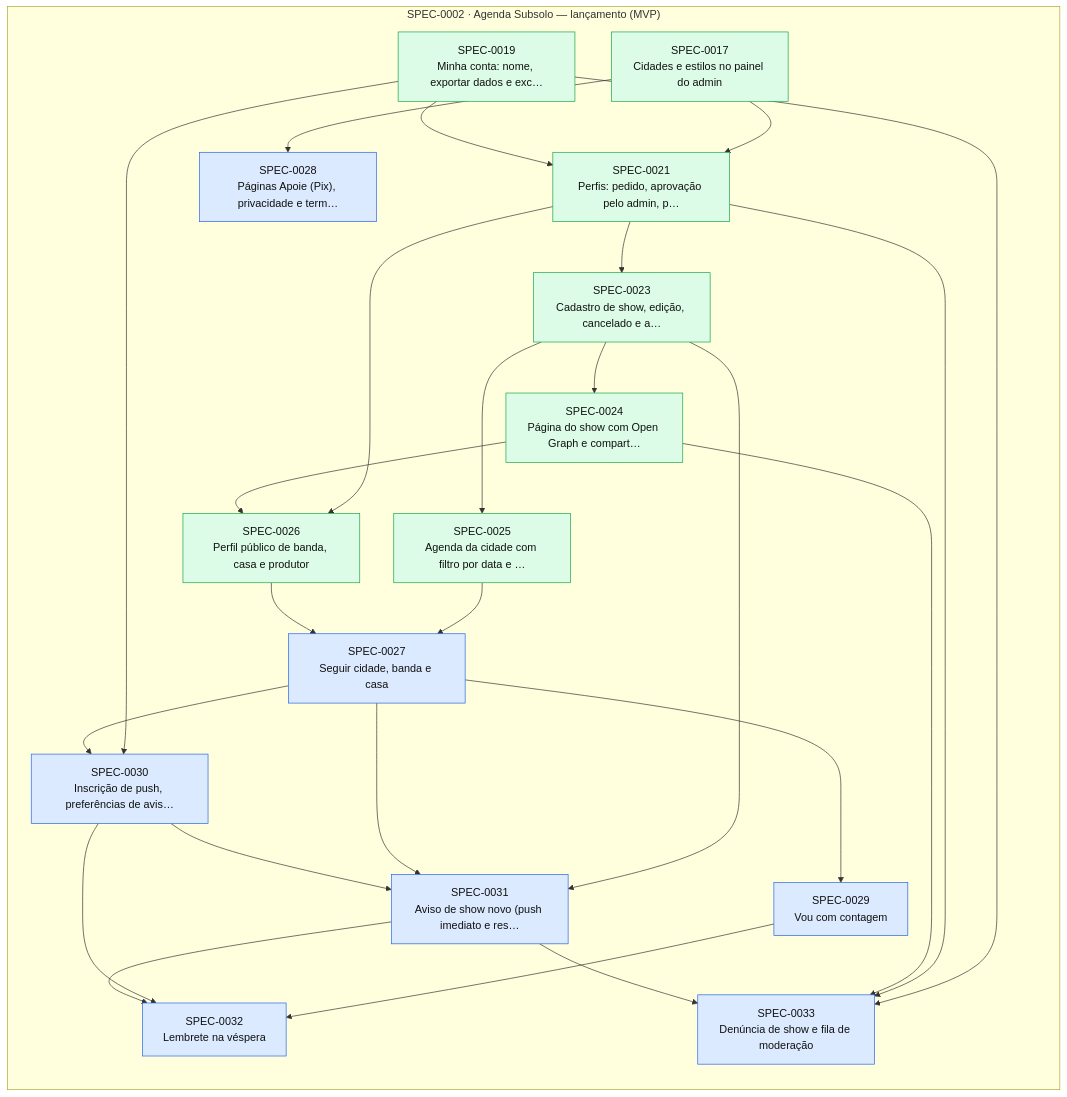
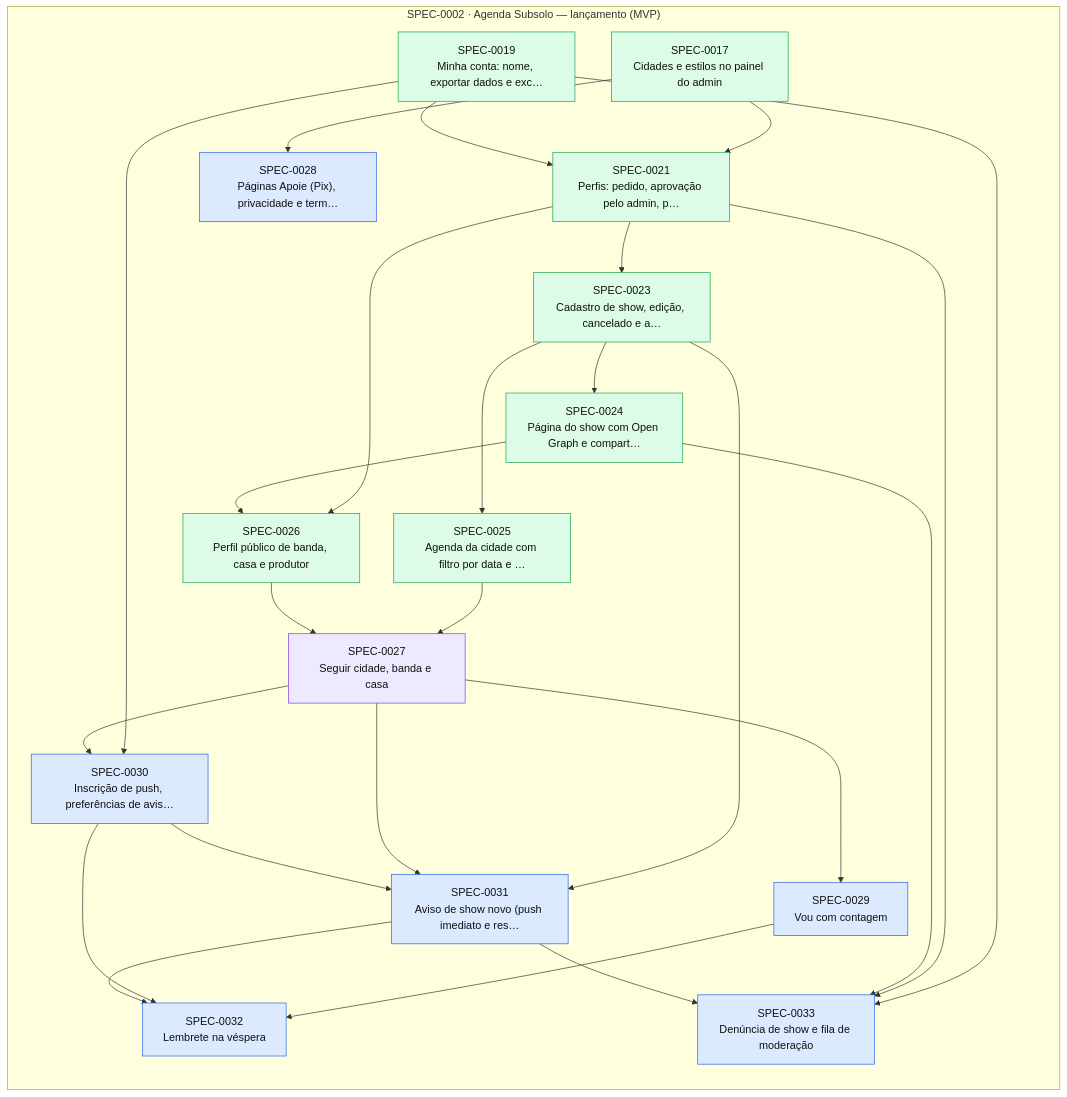
Before and after one commit to thomasravache/subsolo: the diagram in docs/specs/INDEX.md, drawn with Mermaid. The commit also changed other lines of this file and 1 other file, not shown here.

First line of the commit message:
docs(sdd): start SPEC-0027

````diff
--- a/docs/specs/INDEX.md
+++ b/docs/specs/INDEX.md
@@ -72,47 +72,47 @@
 ```mermaid
 flowchart LR
   subgraph E0002["SPEC-0002 · Agenda Subsolo — lançamento (MVP)"]
     S0017["SPEC-0017<br/>Cidades e estilos no painel do admin"]:::implemented
     S0019["SPEC-0019<br/>Minha conta: nome, exportar dados e exc…"]:::implemented
     S0021["SPEC-0021<br/>Perfis: pedido, aprovação pelo admin, p…"]:::implemented
     S0023["SPEC-0023<br/>Cadastro de show, edição, cancelado e a…"]:::implemented
     S0024["SPEC-0024<br/>Página do show com Open Graph e compart…"]:::implemented
     S0025["SPEC-0025<br/>Agenda da cidade com filtro por data e …"]:::implemented
     S0026["SPEC-0026<br/>Perfil público de banda, casa e produtor"]:::implemented
-    S0027["SPEC-0027<br/>Seguir cidade, banda e casa"]:::approved
+    S0027["SPEC-0027<br/>Seguir cidade, banda e casa"]:::inprogress
     S0028["SPEC-0028<br/>Páginas Apoie (Pix), privacidade e term…"]:::approved
     S0029["SPEC-0029<br/>Vou com contagem"]:::approved
     S0030["SPEC-0030<br/>Inscrição de push, preferências de avis…"]:::approved
     S0031["SPEC-0031<br/>Aviso de show novo (push imediato e res…"]:::approved
     S0032["SPEC-0032<br/>Lembrete na véspera"]:::approved
     S0033["SPEC-0033<br/>Denúncia de show e fila de moderação"]:::approved
   end
   S0017 --> S0021
   S0019 --> S0021
   S0021 --> S0023
   S0023 --> S0024
   S0023 --> S0025
   S0021 --> S0026
   S0024 --> S0026
   S0025 --> S0027
   S0026 --> S0027
   S0017 --> S0028
   S0027 --> S0029
   S0019 --> S0030
   S0027 --> S0030
   S0023 --> S0031
   S0027 --> S0031
   S0030 --> S0031
   S0029 --> S0032
   S0030 --> S0032
   S0031 --> S0032
   S0019 --> S0033
   S0021 --> S0033
   S0024 --> S0033
   S0031 --> S0033
   classDef proposed fill:#fef3c7,stroke:#d97706,color:#111
   classDef approved fill:#dbeafe,stroke:#2563eb,color:#111
   classDef inprogress fill:#ede9fe,stroke:#7c3aed,color:#111
   classDef implemented fill:#dcfce7,stroke:#16a34a,color:#111
   classDef deprecated fill:#f3f4f6,stroke:#9ca3af,color:#6b7280
 ```
````
